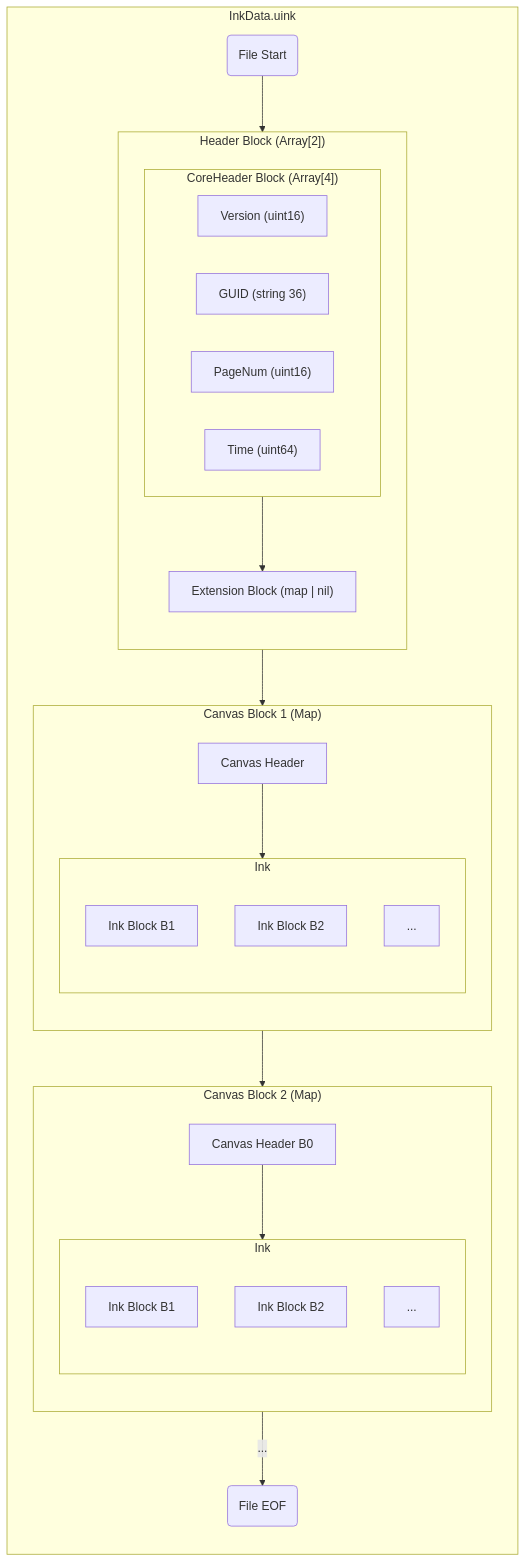
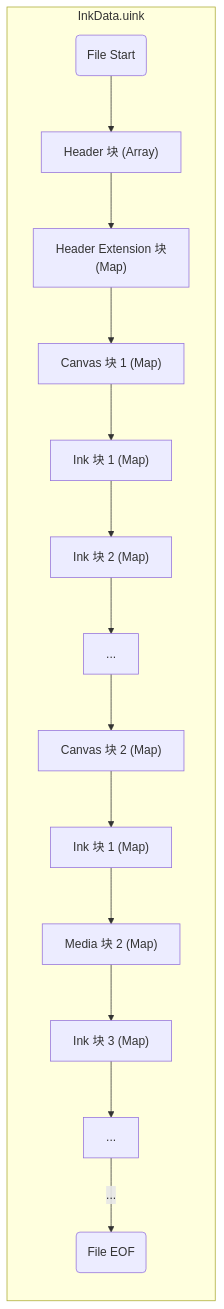
Before and after one commit to Alan-CRL/inkeys.top: the diagram in docs/standard/file/main.md, drawn with Mermaid. The commit also changed other lines of this file and 6 other files, not shown here.

````diff
--- a/docs/standard/file/main.md
+++ b/docs/standard/file/main.md
@@ -7,51 +7,34 @@
 ```mermaid
 flowchart TB
     subgraph "InkData.uink"
         direction TB
 
-        subgraph B0 ["Header Block (Array[2])"]
-            direction TB
+        B0_Core["Header 块 (Array)"]
+        B0_Ext["Header Extension 块
+         (Map)"]
+        B0_Core --> B0_Ext
 
-            subgraph B0_Core ["CoreHeader Block (Array[4])"]
-                direction LR
-                B0_Ver["Version (uint16)"]
-                B0_GUID["GUID (string 36)"]
-                B0_PageNum["PageNum (uint16)"]
-                B0_Time["Time (uint64)"]
-            end
+        A1_Ctx["Canvas 块 1 (Map)"]
+        A1_B1["Ink 块 1 (Map)"]
+        A1_B2["Ink 块 2 (Map)"]
+        A1_B3["..."]
+        B0_Ext --> A1_Ctx
+        A1_Ctx --> A1_B1
+        A1_B1 --> A1_B2
+        A1_B2 --> A1_B3
 
-            B0_Ext["Extension Block (map | nil)"]
-
-            B0_Core --> B0_Ext
-        end
-
-        subgraph A1 ["Canvas Block 1 (Map)"]
-            direction TB
-            A1_Ctx["Canvas Header"]
-            subgraph A1_Strokes ["Ink"]
-                direction TB
-                A1_B1["Ink Block B1"]
-                A1_B2["Ink Block B2"]
-                A1_B3["..."]
-            end
-            A1_Ctx --> A1_Strokes
-        end
-
-        subgraph A2 ["Canvas Block 2 (Map)"]
-            direction TB
-            A2_Ctx["Canvas Header B0"]
-            subgraph A2_Strokes ["Ink"]
-                direction TB
-                A2_B1["Ink Block B1"]
-                A2_B2["Ink Block B2"]
-                A2_B3["..."]
-            end
-            A2_Ctx --> A2_Strokes
-        end
-
-        FileStart("File Start") --> B0
-        B0 --> A1
-        A1 --> A2
-        A2 -- "..." --> FileEnd("File EOF")
+        A2_Ctx["Canvas 块 2 (Map)"]
+        A2_B1["Ink 块 1 (Map)"]
+        A2_B2["Media 块 2 (Map)"]
+        A2_B3["Ink 块 3 (Map)"]
+        A2_B4["..."]
+        A1_B3 --> A2_Ctx
+        A2_Ctx --> A2_B1
+        A2_B1 --> A2_B2
+        A2_B2 --> A2_B3
+        A2_B3 --> A2_B4
+         
+        FileStart("File Start") --> B0_Core
+        A2_B4 -- "..." --> FileEnd("File EOF")
     end
 ```
````
